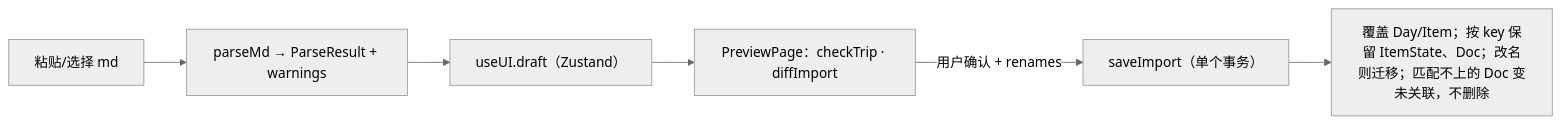
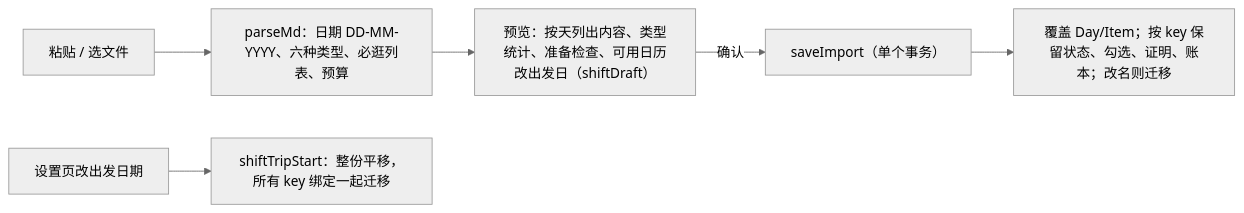
Before and after one commit to Nelsontan0410/travel-rundown: the third of 3 diagrams in docs/architecture.md, drawn with Mermaid (neutral theme). The commit also changed other lines of this file and 44 other files, not shown here.

````diff
--- a/docs/architecture.md
+++ b/docs/architecture.md
@@ -35,8 +57,8 @@
 ```mermaid
 flowchart LR
-  A["粘贴/选择 md"] --> B["parseMd → ParseResult + warnings"]
-  B --> C["useUI.draft（Zustand）"]
-  C --> D["PreviewPage：checkTrip · diffImport"]
-  D -->|用户确认 + renames| E["saveImport（单个事务）"]
-  E --> F["覆盖 Day/Item；按 key 保留 ItemState、Doc；改名则迁移；匹配不上的 Doc 变未关联，不删除"]
+  A["粘贴 / 选文件"] --> B["parseMd：日期 DD-MM-YYYY、六种类型、必逛列表、预算"]
+  B --> C["预览：按天列出内容、类型统计、准备检查、可用日历改出发日（shiftDraft）"]
+  C -->|确认| E["saveImport（单个事务）"]
+  E --> F["覆盖 Day/Item；按 key 保留状态、勾选、证明、账本；改名则迁移"]
+  G["设置页改出发日期"] --> H["shiftTripStart：整份平移，所有 key 绑定一起迁移"]
 ```
````
